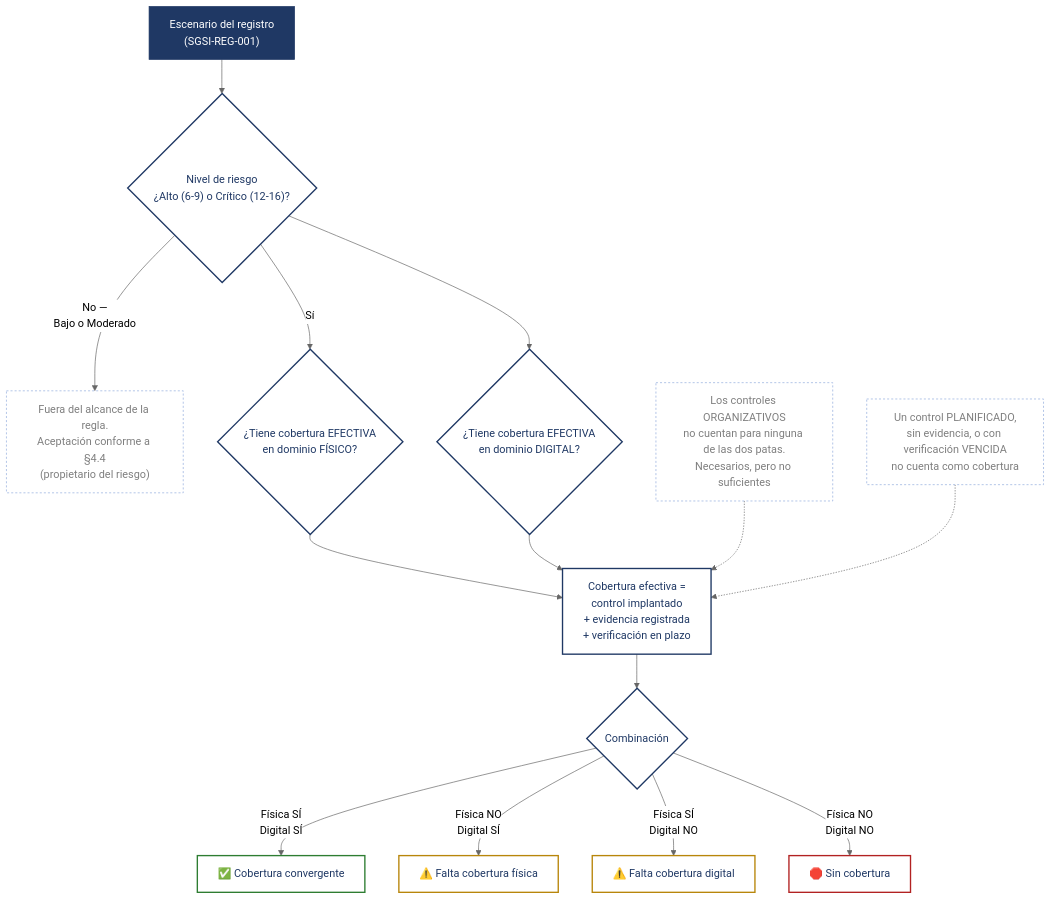
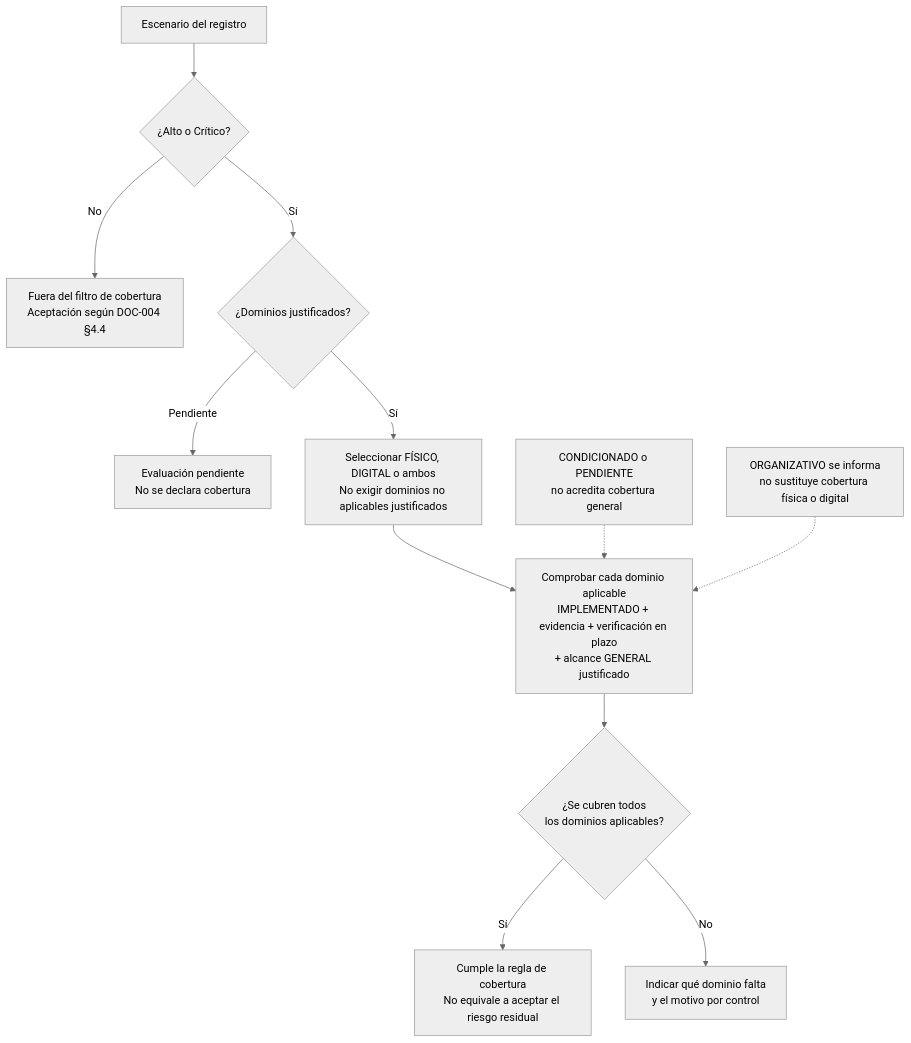
Before and after one commit to tarquistwr-hash/caso-atalaya: the diagram in docs/fase1-iso27001/regla_convergencia.md, drawn with Mermaid (neutral theme). The commit also changed other lines of this file and 41 other files, not shown here.

Commit message:
Alinea la cobertura con los dominios aplicables y verifica el corpus

````diff
--- a/docs/fase1-iso27001/regla_convergencia.md
+++ b/docs/fase1-iso27001/regla_convergencia.md
@@ -5,39 +7,14 @@
 ```mermaid
 flowchart TD
-    A["Escenario del registro<br/>(SGSI-REG-001)"] --> B{"Nivel de riesgo<br/>¿Alto (6-9) o Crítico (12-16)?"}
-
-    B -- "No —<br/>Bajo o Moderado" --> B1["Fuera del alcance de la regla.<br/>Aceptación conforme a §4.4<br/>(propietario del riesgo)"]
-
-    B -- "Sí" --> C{"¿Tiene cobertura EFECTIVA<br/>en dominio FÍSICO?"}
-    B --> D{"¿Tiene cobertura EFECTIVA<br/>en dominio DIGITAL?"}
-
-    C --> CDEF["Cobertura efectiva =<br/>control implantado<br/>+ evidencia registrada<br/>+ verificación en plazo"]
-    D --> CDEF
-
-    CDEF --> E{"Combinación"}
-
-    E -- "Física SÍ<br/>Digital SÍ" --> R1["✅ Cobertura convergente"]
-    E -- "Física NO<br/>Digital SÍ" --> R2["⚠️ Falta cobertura física"]
-    E -- "Física SÍ<br/>Digital NO" --> R3["⚠️ Falta cobertura digital"]
-    E -- "Física NO<br/>Digital NO" --> R4["🛑 Sin cobertura"]
-
-    N1["Los controles ORGANIZATIVOS<br/>no cuentan para ninguna de las dos patas.<br/>Necesarios, pero no suficientes"]
-    N2["Un control PLANIFICADO,<br/>sin evidencia, o con verificación VENCIDA<br/>no cuenta como cobertura"]
-
-    N1 -.-> CDEF
-    N2 -.-> CDEF
-
-    classDef entrada fill:#1F3864,color:#fff,stroke:#1F3864
-    classDef decision fill:#fff,color:#1F3864,stroke:#1F3864,stroke-width:2px
-    classDef ok fill:#fff,color:#1F3864,stroke:#2E7D32,stroke-width:2px
-    classDef warn fill:#fff,color:#1F3864,stroke:#B8860B,stroke-width:2px
-    classDef bad fill:#fff,color:#1F3864,stroke:#B22222,stroke-width:2px
-    classDef nota fill:#fff,color:#7F7F7F,stroke:#8FAADC,stroke-dasharray: 3 3
-
-    class A entrada
-    class B,C,D,E,CDEF decision
-    class R1 ok
-    class R2,R3 warn
-    class R4 bad
-    class B1,N1,N2 nota
+    A[Escenario del registro] --> B{¿Alto o Crítico?}
+    B -- No --> M[Fuera del filtro de cobertura<br/>Aceptación según DOC-004 §4.4]
+    B -- Sí --> D{¿Dominios justificados?}
+    D -- Pendiente --> P[Evaluación pendiente<br/>No se declara cobertura]
+    D -- Sí --> R[Seleccionar FÍSICO, DIGITAL o ambos<br/>No exigir dominios no aplicables justificados]
+    R --> C[Comprobar cada dominio aplicable<br/>IMPLEMENTADO + evidencia + verificación en plazo<br/>+ alcance GENERAL justificado]
+    C --> E{¿Se cubren todos<br/>los dominios aplicables?}
+    E -- Sí --> OK[Cumple la regla de cobertura<br/>No equivale a aceptar el riesgo residual]
+    E -- No --> F[Indicar qué dominio falta<br/>y el motivo por control]
+    N[CONDICIONADO o PENDIENTE<br/>no acredita cobertura general] -.-> C
+    O[ORGANIZATIVO se informa<br/>no sustituye cobertura física o digital] -.-> C
 ```
````
